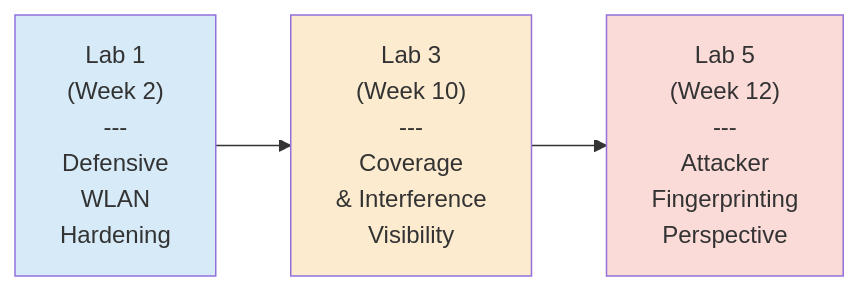
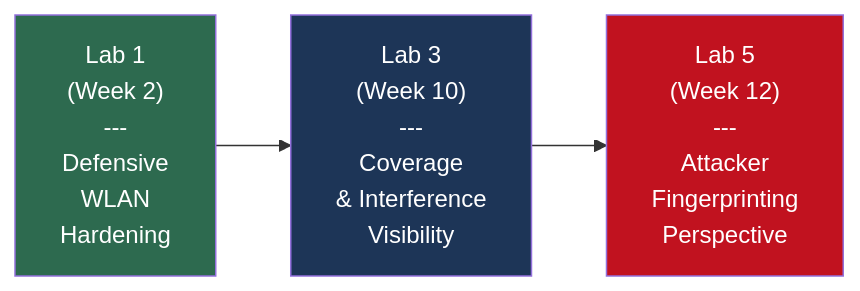
One commit to RossMora-Pilots/405-Mobile-Wireless-Security changed the diagram in CC/Winter 2025/Mobile Wireless Security - Mohamed Jbeili - CSC-7306/WEEKLY_LABS_SUMMARY.md. Above: the diagram before and after it, drawn with Mermaid. The commit also changed other lines of this file and 6 other files, not shown here.

First line of the commit message:
Remediate 5 growth areas: defense validation, risk quantification, lessons learned, visual palette, new diagrams

````diff
--- a/CC/Winter 2025/Mobile Wireless Security - Mohamed Jbeili - CSC-7306/WEEKLY_LABS_SUMMARY.md
+++ b/CC/Winter 2025/Mobile Wireless Security - Mohamed Jbeili - CSC-7306/WEEKLY_LABS_SUMMARY.md
@@ -23,9 +23,9 @@
 ```mermaid
 flowchart LR
     L1["Lab 1<br/>(Week 2)<br/>---<br/>Defensive<br/>WLAN<br/>Hardening"] --> L3["Lab 3<br/>(Week 10)<br/>---<br/>Coverage<br/>& Interference<br/>Visibility"]
     L3 --> L5["Lab 5<br/>(Week 12)<br/>---<br/>Attacker<br/>Fingerprinting<br/>Perspective"]
 
-    style L1 fill:#d6eaf8,color:#333
-    style L3 fill:#fdebd0,color:#333
-    style L5 fill:#fadbd8,color:#333
+    style L1 fill:#2d6a4f,color:#fff
+    style L3 fill:#1d3557,color:#fff
+    style L5 fill:#c1121f,color:#fff
 ```
````
